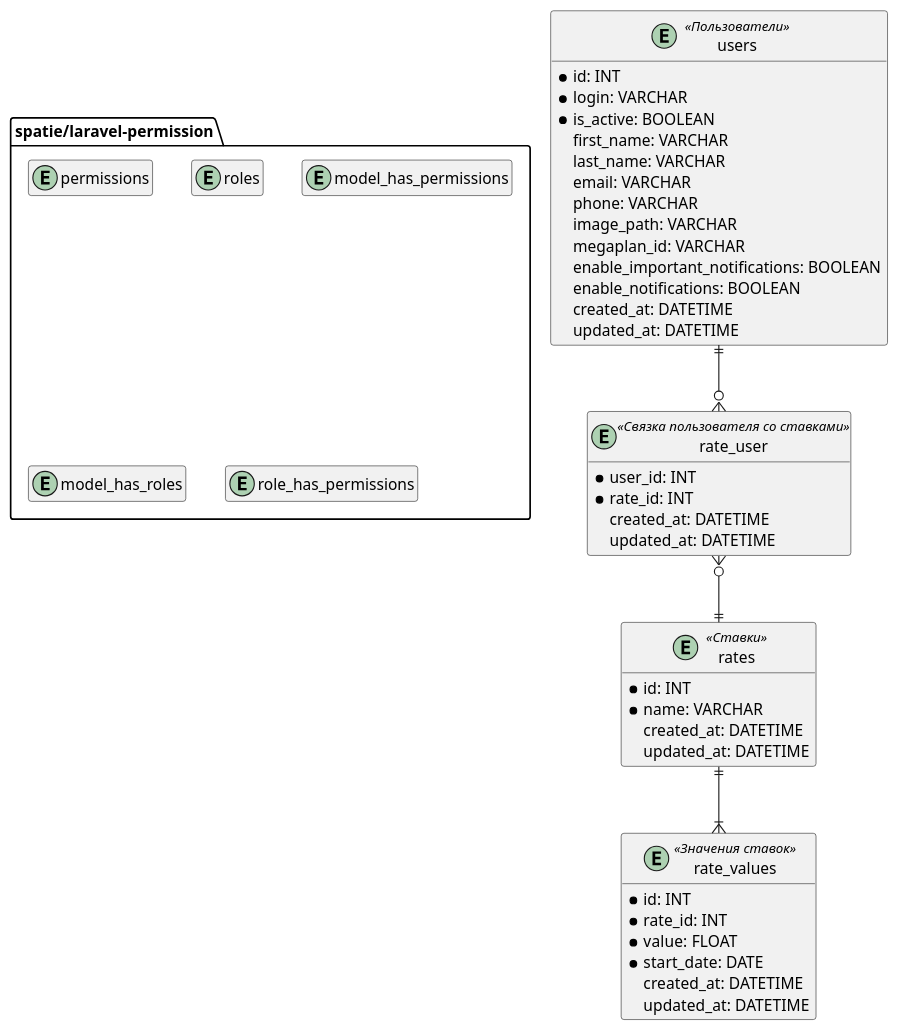
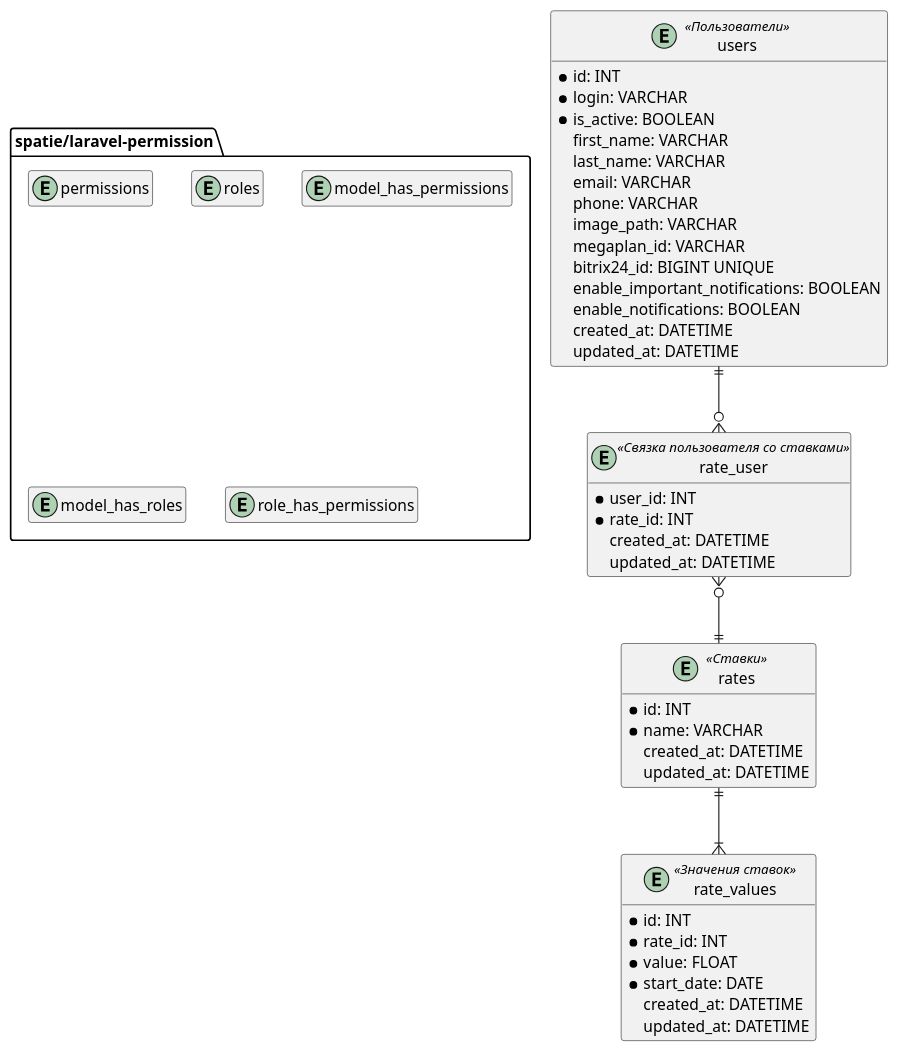
The diagram in docs/diagrams/users/database.wsd (Respayn/casini), drawn with PlantUML before and after one commit. The commit also changed 14 other files, not shown here.

```diff
--- a/docs/diagrams/users/database.wsd
+++ b/docs/diagrams/users/database.wsd
@@ -1,56 +1,57 @@
 @startuml Users - Code Components
 
 hide empty members
 
 entity users <<Пользователи>> {
     * id: INT
     * login: VARCHAR
     * is_active: BOOLEAN
     first_name: VARCHAR
     last_name: VARCHAR
     email: VARCHAR
     phone: VARCHAR
     image_path: VARCHAR
     megaplan_id: VARCHAR
+    bitrix24_id: BIGINT UNIQUE
     enable_important_notifications: BOOLEAN
     enable_notifications: BOOLEAN
     created_at: DATETIME
     updated_at: DATETIME
 }
 
 entity rates <<Ставки>> {
     * id: INT
     * name: VARCHAR
     created_at: DATETIME
     updated_at: DATETIME
 }
 
 entity rate_values <<Значения ставок>> {
     * id: INT
     * rate_id: INT
     * value: FLOAT
     * start_date: DATE
     created_at: DATETIME
     updated_at: DATETIME
 }
 
 entity rate_user <<Связка пользователя со ставками>> {
     * user_id: INT
     * rate_id: INT
     created_at: DATETIME
     updated_at: DATETIME
 }
 
 package spatie/laravel-permission {
     entity permissions
     entity roles
     entity model_has_permissions
     entity model_has_roles
     entity role_has_permissions
 }
 
 users ||--o{ rate_user
 rate_user }o--|| rates
 rates ||--|{ rate_values
 
 @enduml
```
